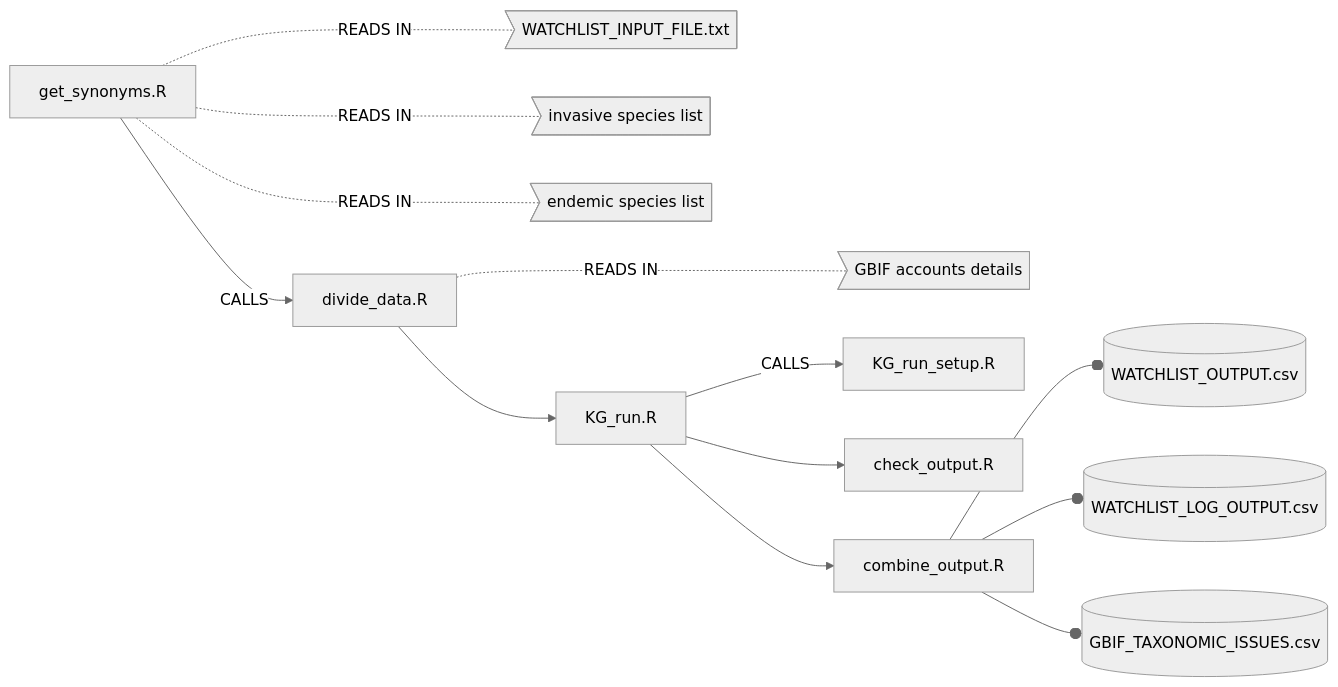
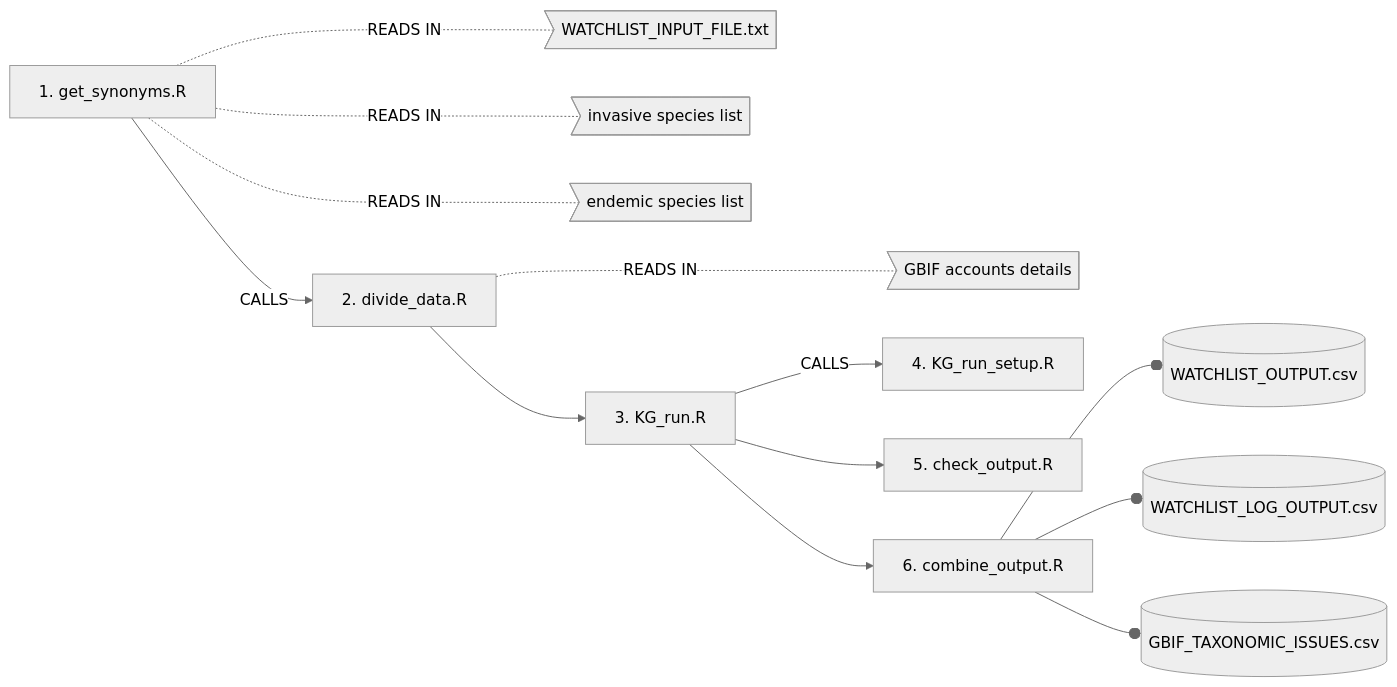
One commit to clarkevansteenderen/KG_watchlist_parallel changed the diagram in README.md. Above: the diagram before and after it, drawn with Mermaid (neutral theme).

````diff
--- a/README.md
+++ b/README.md
@@ -36,10 +36,10 @@
 ```mermaid
   graph LR;
-      A[get_synonyms.R] --> |CALLS| B[divide_data.R]
+      A[1. get_synonyms.R] --> |CALLS| B[2. divide_data.R]
       A -..- |READS IN| C>WATCHLIST_INPUT_FILE.txt] & D>invasive species list] & E>endemic species list] 
       B -..- |READS IN| F>GBIF accounts details]
-      B --> G[KG_run.R]
-      G --> |CALLS| H[KG_run_setup.R]
-      G --> I[check_output.R] & J[combine_output.R]
+      B --> G[3. KG_run.R]
+      G --> |CALLS| H[4. KG_run_setup.R]
+      G --> I[5. check_output.R] & J[6. combine_output.R]
       J--o K[(WATCHLIST_OUTPUT.csv)] & L[(WATCHLIST_LOG_OUTPUT.csv)] & M[(GBIF_TAXONOMIC_ISSUES.csv)]
 ```
````
